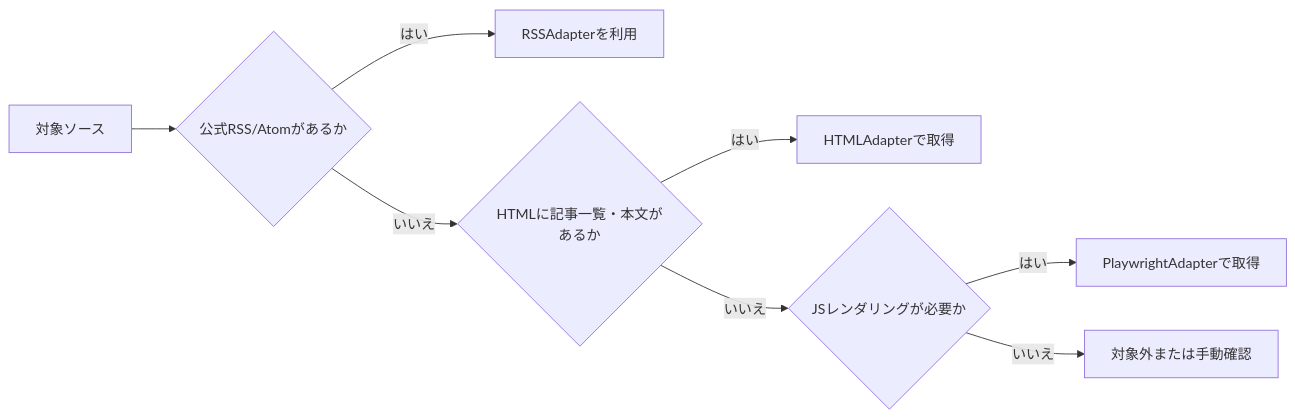
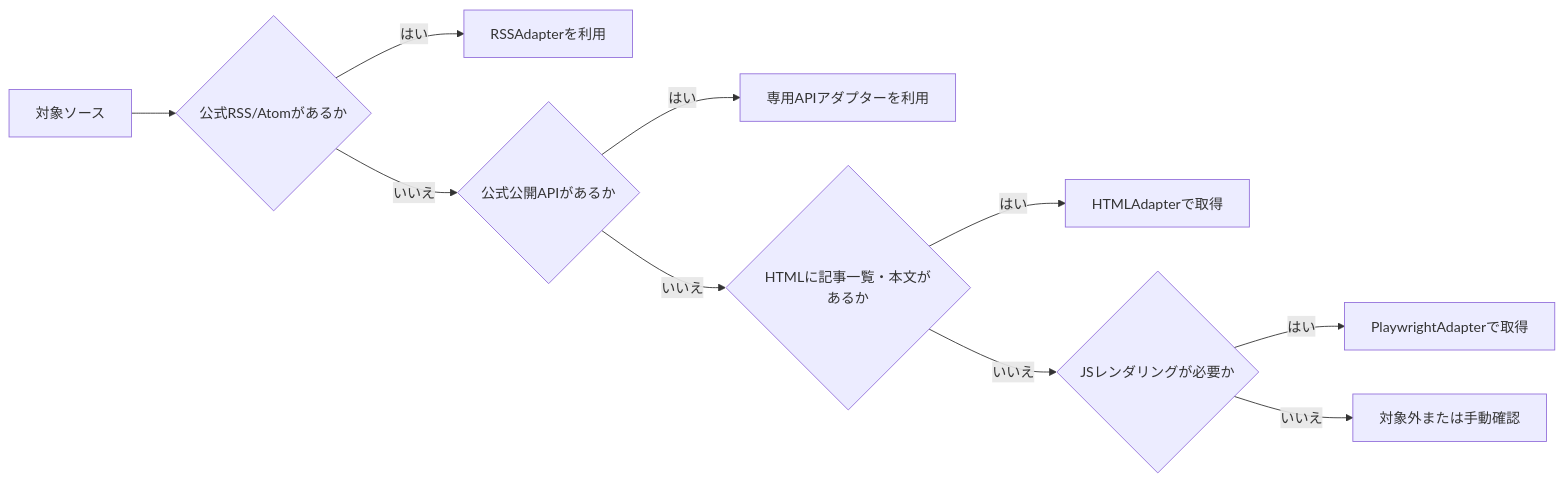
Before and after one commit to norizou/news_crawler: the second of 3 diagrams in Idea_memo.md, drawn with Mermaid. The commit also changed other lines of this file and 27 other files, not shown here.

````diff
--- a/Idea_memo.md
+++ b/Idea_memo.md
@@ -78,10 +85,12 @@
 ```mermaid
 flowchart LR
     U[対象ソース] --> Q{公式RSS/Atomがあるか}
     Q -->|はい| R[RSSAdapterを利用]
-    Q -->|いいえ| H{HTMLに記事一覧・本文があるか}
+    Q -->|いいえ| A{公式公開APIがあるか}
+    A -->|はい| F[専用APIアダプターを利用]
+    A -->|いいえ| H{HTMLに記事一覧・本文があるか}
     H -->|はい| S[HTMLAdapterで取得]
     H -->|いいえ| J{JSレンダリングが必要か}
     J -->|はい| P[PlaywrightAdapterで取得]
     J -->|いいえ| X[対象外または手動確認]
 ```
````
